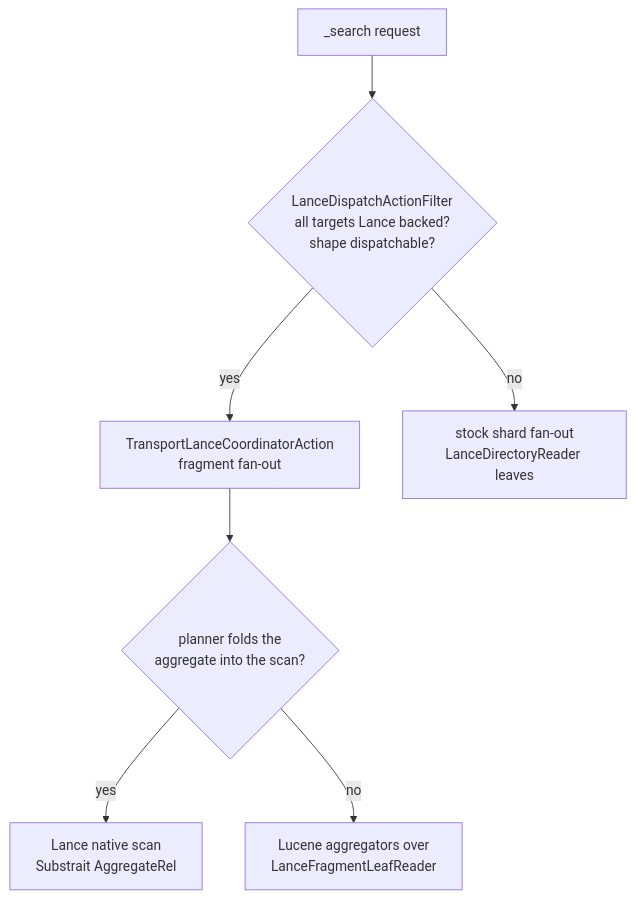
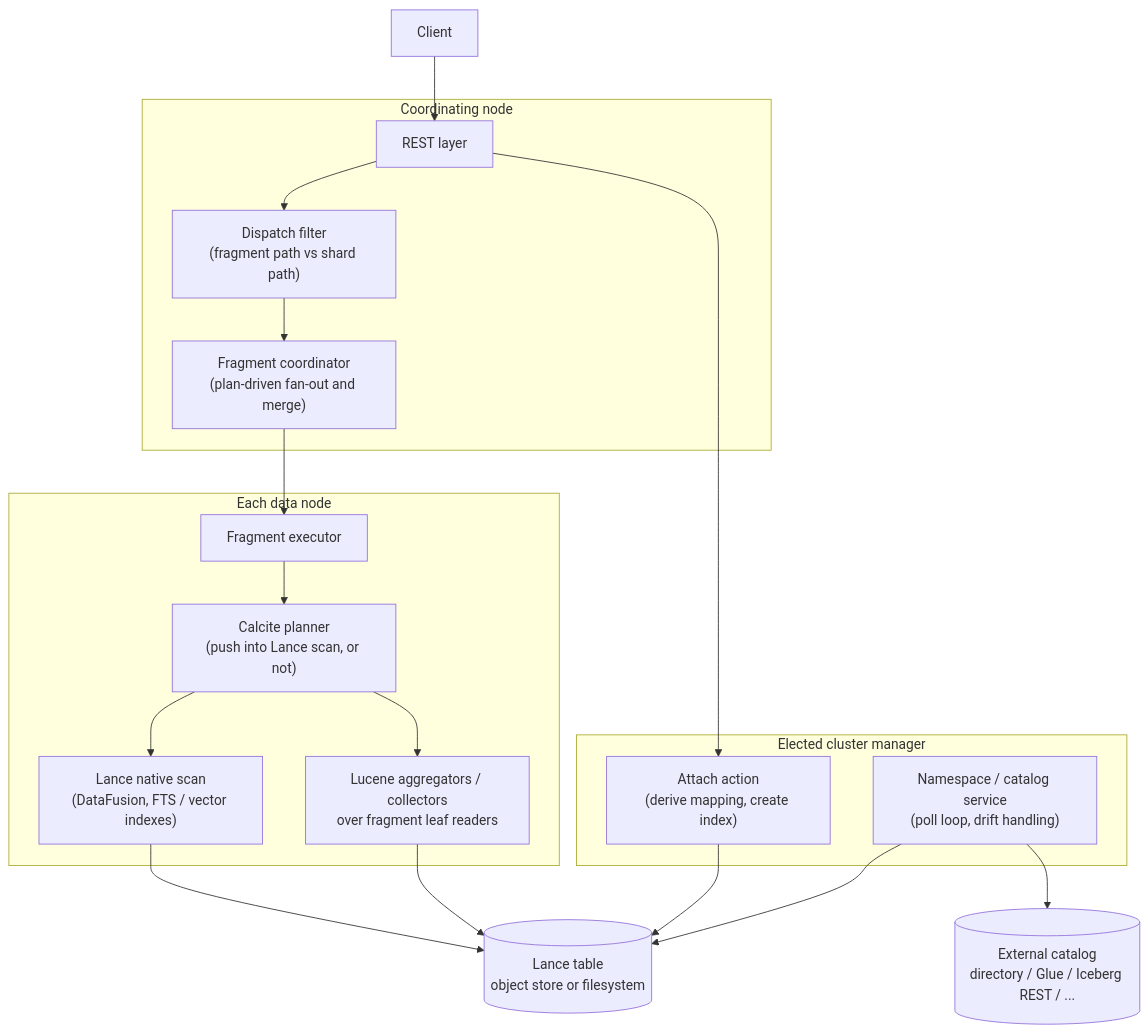
The first of 4 diagrams in docs/architecture.md (lawofcycles/lance-opensearch), drawn with Mermaid before and after one commit. The commit also changed other lines of this file, not shown here.

First line of the commit message:
Rewrite docs/architecture.md at RFC granularity

````diff
--- a/docs/architecture.md
+++ b/docs/architecture.md
@@ -203,9 +48,34 @@
 ```mermaid
 flowchart TD
-    A["_search request"] --> B{"LanceDispatchActionFilter<br/>all targets Lance backed?<br/>shape dispatchable?"}
-    B -- yes --> C["TransportLanceCoordinatorAction<br/>fragment fan-out"]
-    B -- no --> D["stock shard fan-out<br/>LanceDirectoryReader leaves"]
-    C --> E{"planner folds the<br/>aggregate into the scan?"}
-    E -- yes --> F["Lance native scan<br/>Substrait AggregateRel"]
-    E -- no --> G["Lucene aggregators over<br/>LanceFragmentLeafReader"]
+    CL[Client]
+    subgraph cm ["Elected cluster manager"]
+        NS["Namespace / catalog service<br/>(poll loop, drift handling)"]
+        AT["Attach action<br/>(derive mapping, create index)"]
+    end
+    subgraph coord ["Coordinating node"]
+        RE["REST layer"]
+        DF["Dispatch filter<br/>(fragment path vs shard path)"]
+        CO["Fragment coordinator<br/>(plan-driven fan-out and merge)"]
+    end
+    subgraph data ["Each data node"]
+        EX["Fragment executor"]
+        PL["Calcite planner<br/>(push into Lance scan, or not)"]
+        LU["Lucene aggregators / collectors<br/>over fragment leaf readers"]
+        LN["Lance native scan<br/>(DataFusion, FTS / vector indexes)"]
+    end
+    ST[("Lance table<br/>object store or filesystem")]
+    CAT[("External catalog<br/>directory / Glue / Iceberg REST / ...")]
+    CL --> RE
+    RE --> AT
+    RE --> DF
+    DF --> CO
+    CO --> EX
+    EX --> PL
+    PL --> LN
+    PL --> LU
+    LN --> ST
+    LU --> ST
+    AT --> ST
+    NS --> CAT
+    NS --> ST
 ```
````
